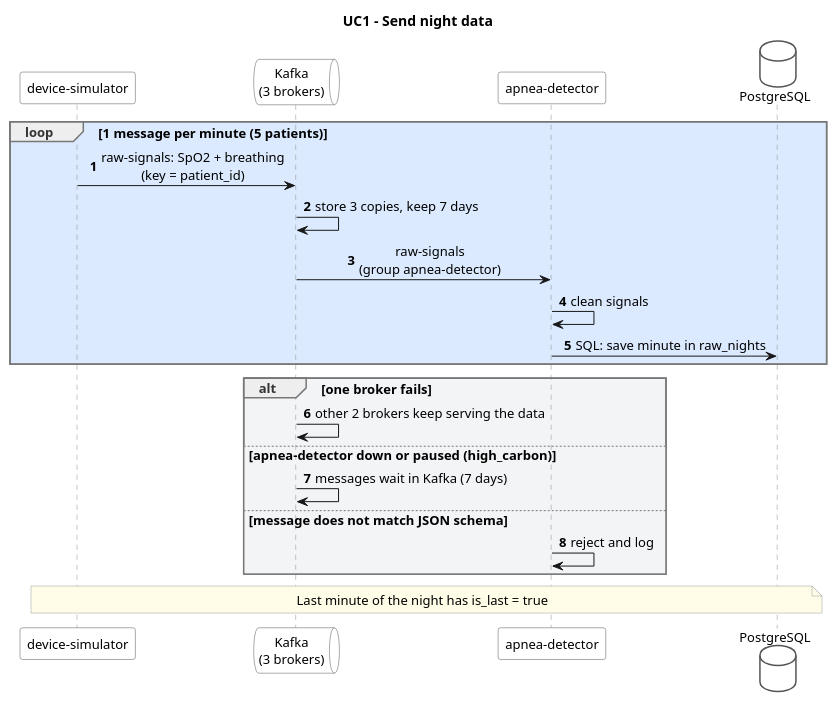
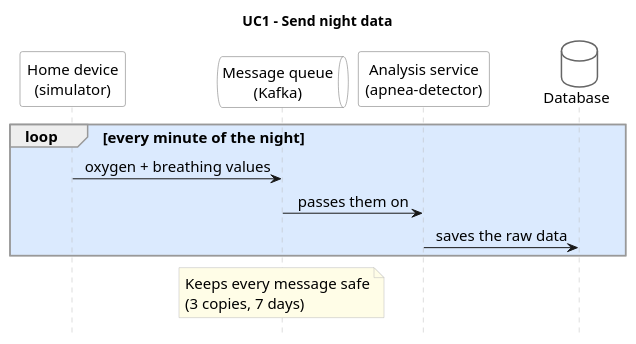
Before and after one commit to BarbaraKlimekTomatova/ACC1ILV-cloud-and-AI-infrastructure-for-sleep-apnea-detection-: the diagram in diagrams/usecases/10.11_A_UC1-send-night-data_v1.puml, drawn with PlantUML. The commit also changed 7 other files, not shown here.

Commit message:
update use cases diagrams

```diff
--- a/diagrams/usecases/10.11_A_UC1-send-night-data_v1.puml
+++ b/diagrams/usecases/10.11_A_UC1-send-night-data_v1.puml
@@ -1,54 +1,41 @@
 @startuml UC1
 skinparam shadowing false
 skinparam defaultFontName Arial
-skinparam defaultFontSize 13
+skinparam defaultFontSize 15
 skinparam sequenceMessageAlign center
-skinparam responseMessageBelowArrow true
-skinparam BoxPadding 10
 skinparam sequence {
-  LifeLineBorderColor #888888
-  ParticipantBorderColor #555555
+  LifeLineBorderColor #BBBBBB
+  ParticipantBorderColor #666666
   ParticipantBackgroundColor #FFFFFF
-  ActorBorderColor #555555
+  ActorBorderColor #666666
   ActorBackgroundColor #FFFFFF
-  GroupBorderColor #777777
-  GroupHeaderFontColor #333333
+  GroupBorderColor #999999
 }
 skinparam database {
-  BorderColor #555555
+  BorderColor #666666
   BackgroundColor #FFFFFF
 }
 skinparam queue {
-  BorderColor #555555
+  BorderColor #666666
   BackgroundColor #FFFFFF
 }
 skinparam note {
-  BorderColor #999999
+  BorderColor #BBBBBB
   BackgroundColor #FFFDE7
 }
+hide footbox
 title UC1 – Send night data
-autonumber
 
-participant "device-simulator" as SIM
-queue "Kafka\n(3 brokers)" as K
-participant "apnea-detector" as DET
-database "PostgreSQL" as DB
+participant "Home device\n(simulator)" as SIM
+queue "Message queue\n(Kafka)" as K
+participant "Analysis service\n(apnea-detector)" as DET
+database "Database" as DB
 
-loop #DBEAFE 1 message per minute (5 patients)
-  SIM -> K : raw-signals: SpO2 + breathing\n(key = patient_id)
-  K -> K : store 3 copies, keep 7 days
-  K -> DET : raw-signals\n(group apnea-detector)
-  DET -> DET : clean signals
-  DET -> DB : SQL: save minute in raw_nights
+loop #DBEAFE every minute of the night
+  SIM -> K : oxygen + breathing values
+  K -> DET : passes them on
+  DET -> DB : saves the raw data
 end
 
-alt #F3F4F6 one broker fails
-  K -> K : other 2 brokers keep serving the data
-else apnea-detector down or paused (high_carbon)
-  K -> K : messages wait in Kafka (7 days)
-else message does not match JSON schema
-  DET -> DET : reject and log
-end
-
-note over SIM, DB : Last minute of the night has is_last = true
+note over K : Keeps every message safe\n(3 copies, 7 days)
 @enduml
```
